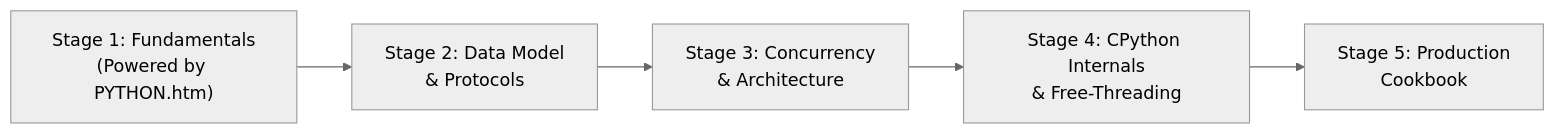
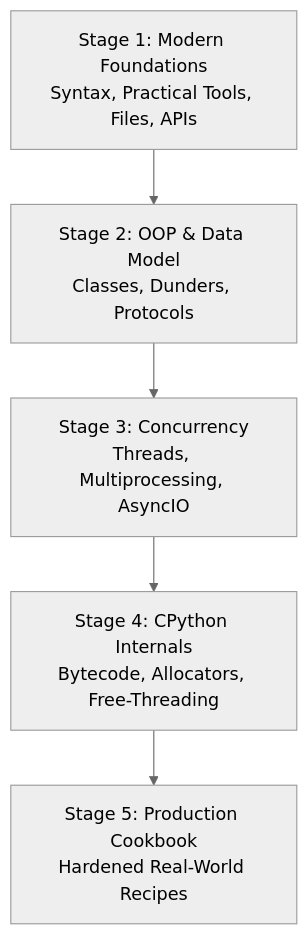
Before and after one commit to 1345AbhishekKumar/cs-cookbook: the diagram in content/docs/learn-python/index.mdx, drawn with Mermaid (neutral theme). The commit also changed other lines of this file and 94 other files, not shown here.

````diff
--- a/content/docs/learn-python/index.mdx
+++ b/content/docs/learn-python/index.mdx
@@ -24,7 +24,7 @@
 ```mermaid
-flowchart LR
-    A["Stage 1: Fundamentals<br/>(Powered by PYTHON.htm)"] --> B["Stage 2: Data Model<br/>& Protocols"]
-    B --> C["Stage 3: Concurrency<br/>& Architecture"]
-    C --> D["Stage 4: CPython Internals<br/>& Free-Threading"]
-    D --> E["Stage 5: Production<br/>Cookbook"]
+flowchart TD
+    A["Stage 1: Modern Foundations<br/>Syntax, Practical Tools, Files, APIs"] --> B["Stage 2: OOP & Data Model<br/>Classes, Dunders, Protocols"]
+    B --> C["Stage 3: Concurrency<br/>Threads, Multiprocessing, AsyncIO"]
+    C --> D["Stage 4: CPython Internals<br/>Bytecode, Allocators, Free-Threading"]
+    D --> E["Stage 5: Production Cookbook<br/>Hardened Real-World Recipes"]
 ```
````
